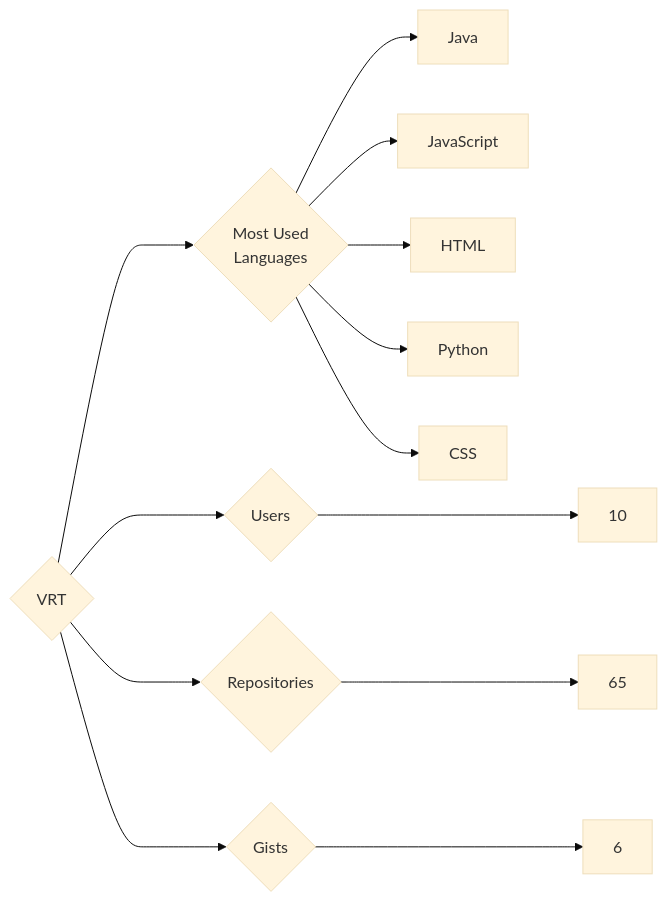
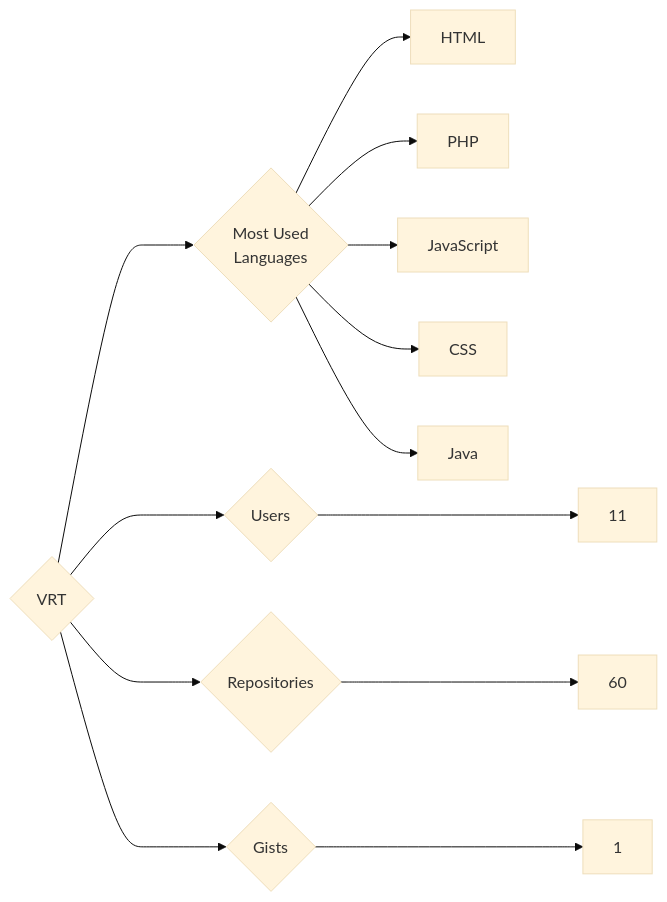
One commit to trickest/insiders changed the diagram in targets/VRT/README.md. Above: the diagram before and after it, drawn with Mermaid (base theme). The commit also changed 964 other files, not shown here.

````diff
--- a/targets/VRT/README.md
+++ b/targets/VRT/README.md
@@ -3,13 +3,13 @@
 ```mermaid
 graph LR
 COMPANY_NAME{VRT}
-COMPANY_NAME ---> U{Users} ---> UN[10]
-COMPANY_NAME ---> R{Repositories} ---> RN[65]
-COMPANY_NAME ---> G{Gists} ---> GN[6]
+COMPANY_NAME ---> U{Users} ---> UN[11]
+COMPANY_NAME ---> R{Repositories} ---> RN[60]
+COMPANY_NAME ---> G{Gists} ---> GN[1]
 COMPANY_NAME ---> ML{Most Used<br>Languages}
+ML --> HTML[HTML]
+ML --> PHP[PHP]
+ML --> JavaScript[JavaScript]
+ML --> CSS[CSS]
 ML --> Java[Java]
-ML --> JavaScript[JavaScript]
-ML --> HTML[HTML]
-ML --> Python[Python]
-ML --> CSS[CSS]
 ```
````
